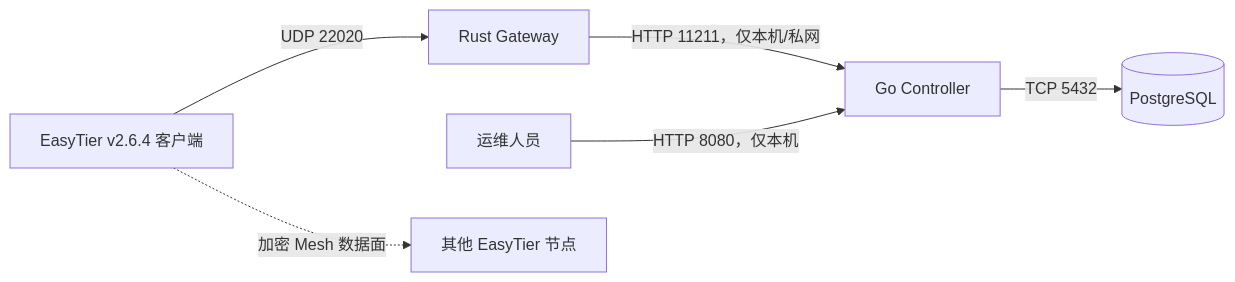
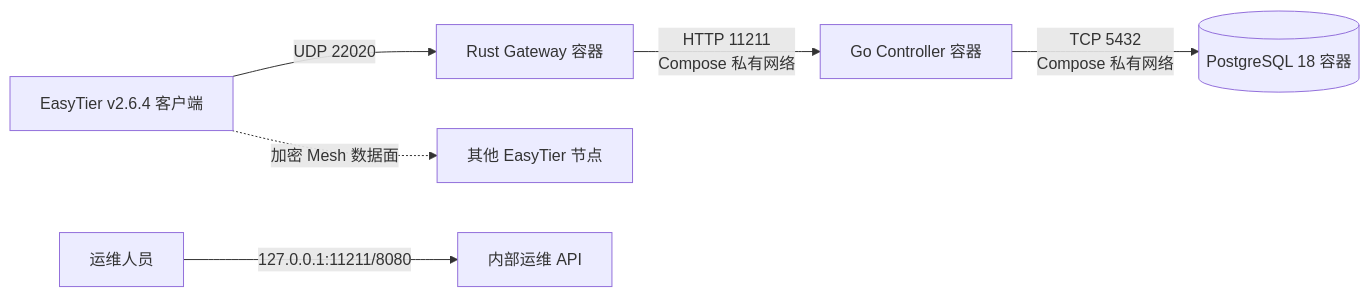
The diagram in docs/current-deployment-guide.zh-CN.md (WuYouOwO/NexusTier), drawn with Mermaid before and after one commit. The commit also changed other lines of this file, not shown here.

````diff
--- a/docs/current-deployment-guide.zh-CN.md
+++ b/docs/current-deployment-guide.zh-CN.md
@@ -7,8 +8,8 @@
 ```mermaid
 flowchart LR
-    ET[EasyTier v2.6.4 客户端] -->|UDP 22020| GW[Rust Gateway]
-    GW -->|HTTP 11211，仅本机/私网| CTRL[Go Controller]
-    CTRL -->|TCP 5432| PG[(PostgreSQL)]
-    OPS[运维人员] -->|HTTP 8080，仅本机| CTRL
+    ET[EasyTier v2.6.4 客户端] -->|UDP 22020| GW[Rust Gateway 容器]
+    GW -->|HTTP 11211<br/>Compose 私有网络| CTRL[Go Controller 容器]
+    CTRL -->|TCP 5432<br/>Compose 私有网络| PG[(PostgreSQL 18 容器)]
+    OPS[运维人员] -->|127.0.0.1:11211/8080| API[内部运维 API]
     ET -. 加密 Mesh 数据面 .-> PEERS[其他 EasyTier 节点]
 ```
````
